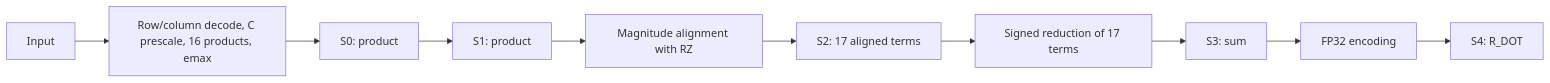
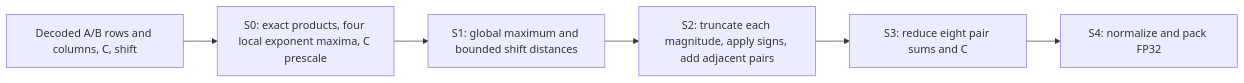
Before and after one commit to yuhin777/Allegro: the diagram in doc/rtl_specs/dot/blackwell_f16tf32_dot.md, drawn with Mermaid. The commit also changed other lines of this file and 39 other files, not shown here.

````diff
--- a/doc/rtl_specs/dot/blackwell_f16tf32_dot.md
+++ b/doc/rtl_specs/dot/blackwell_f16tf32_dot.md
@@ -12,12 +12,8 @@
 ```mermaid
 flowchart LR
-  A["Input"] --> C["Row/column decode, C prescale, 16 products, emax"]
-  C --> S0[S0: product]
-  S0 --> S1[S1: product]
-  S1 --> AL["Magnitude alignment with RZ"]
-  AL --> S2["S2: 17 aligned terms"]
-  S2 --> RT["Signed reduction of 17 terms"]
-  RT --> S3[S3: sum]
-  S3 --> PK["FP32 encoding"]
-  PK --> S4[S4: R_DOT]
+  A["Decoded A/B rows and columns, C, shift"] --> S0["S0: exact products, four local exponent maxima, C prescale"]
+  S0 --> S1["S1: global maximum and bounded shift distances"]
+  S1 --> S2["S2: truncate each magnitude, apply signs, add adjacent pairs"]
+  S2 --> S3["S3: reduce eight pair sums and C"]
+  S3 --> S4["S4: normalize and pack FP32"]
 ```
````
